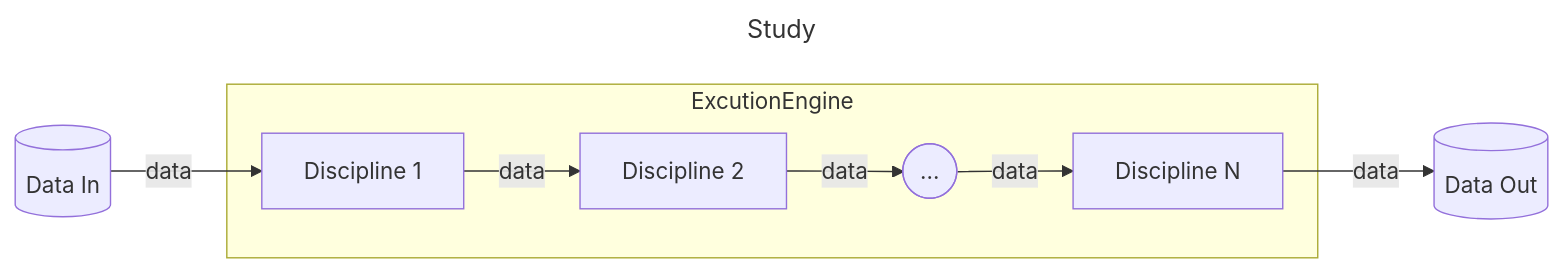
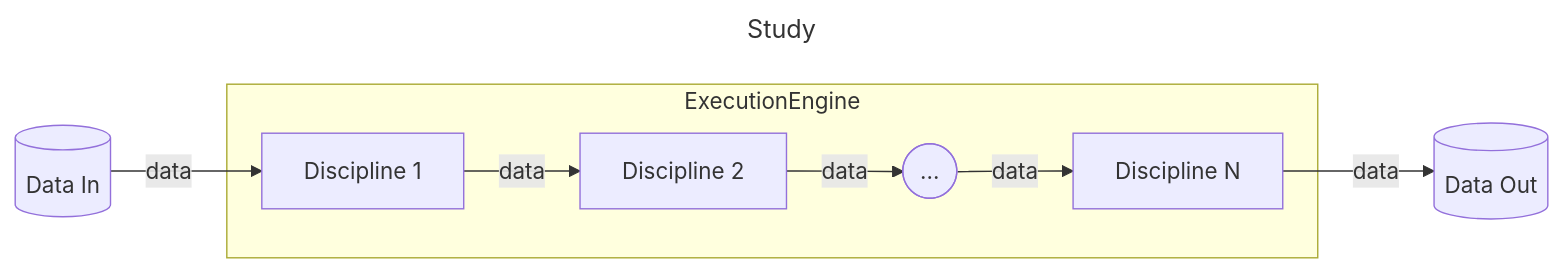
One commit to os-climate/witness-core changed the first of 2 diagrams in documentation/how_to_model_a_study.md. Above: the diagram before and after it, drawn with Mermaid. The commit also changed other lines of this file, not shown here.

Commit message:
Update how_to_model_a_study.md
Fix typo.

````diff
--- a/documentation/how_to_model_a_study.md
+++ b/documentation/how_to_model_a_study.md
@@ -12,13 +12,13 @@
 ```mermaid
 ---
 title: Study
 ---
 flowchart LR
     di[(Data In)] -- data --> d1[Discipline 1]
-    subgraph ExcutionEngine
+    subgraph ExecutionEngine
       d1 -- data --> d2[Discipline 2]
       d2 -- data --> ddots([...])
       ddots -- data --> dn[Discipline N]
     end
     dn -- data --> do[(Data Out)]
 ```
````
